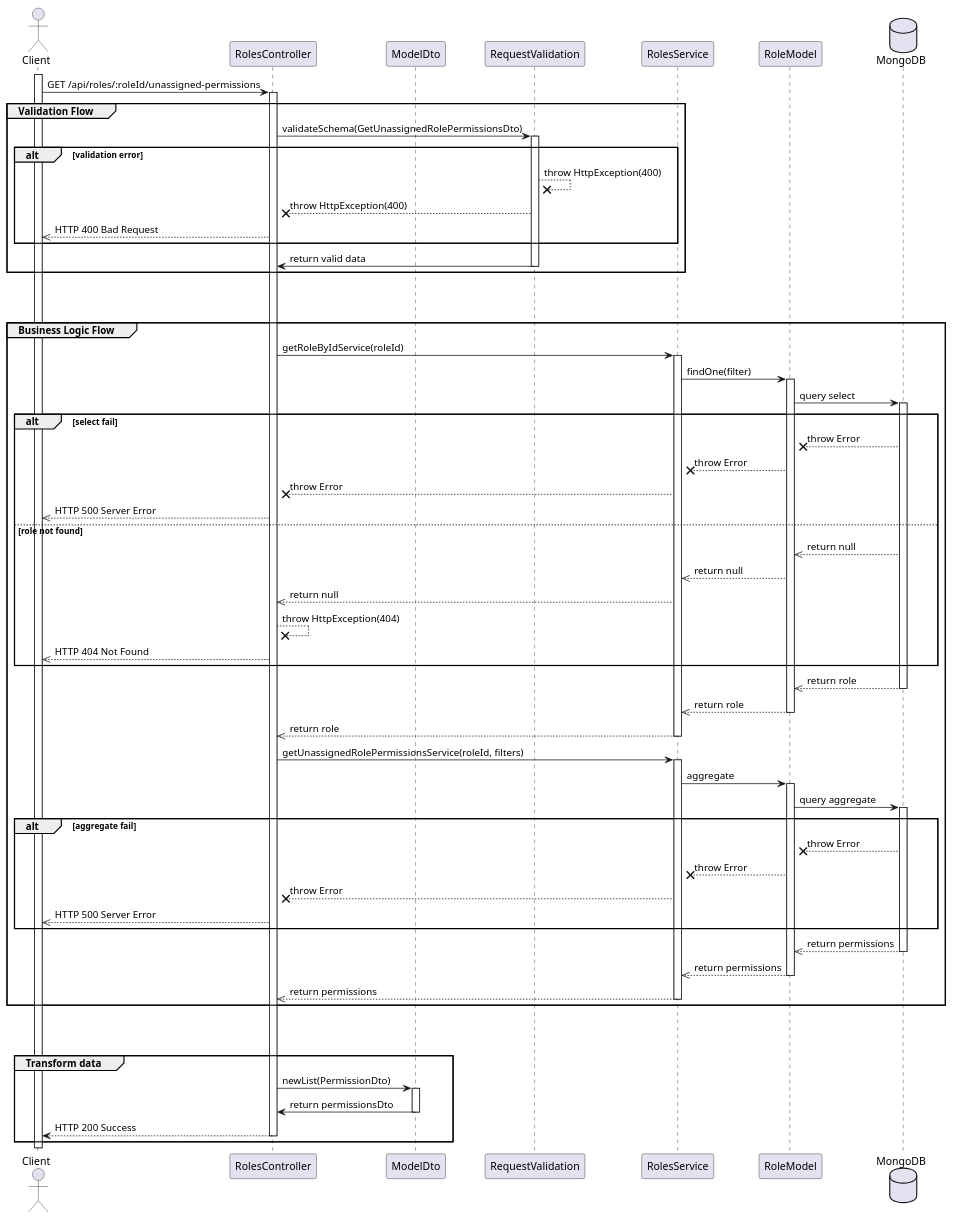
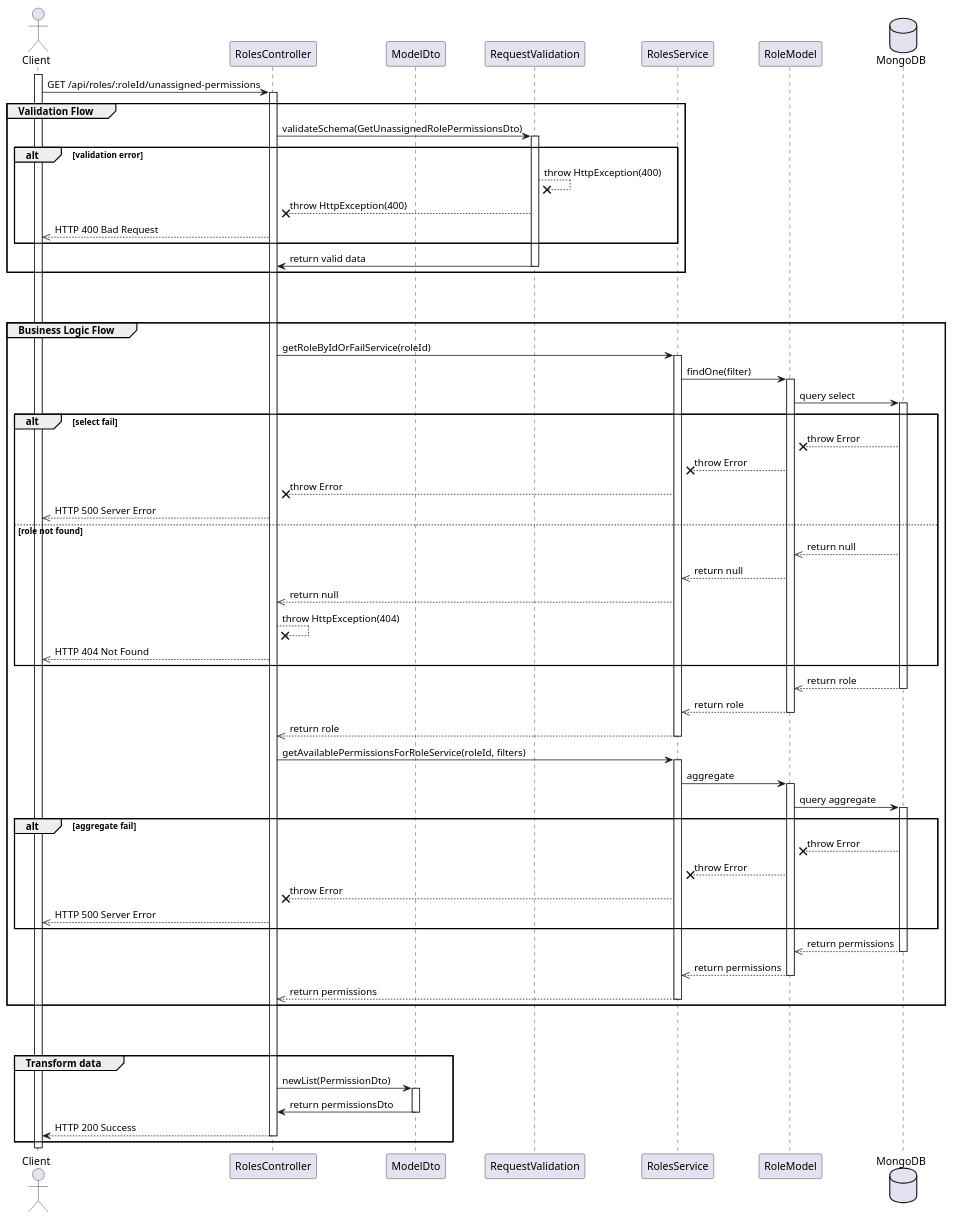
The diagram in docs/sequences/UC12-ManageRoles/UC12.8-ListUnassignedRolePermissions.wsd (hiusnguyen201/BE_ClothingShop), drawn with PlantUML before and after one commit. The commit also changed 179 other files, not shown here.

```diff
--- a/docs/sequences/UC12-ManageRoles/UC12.8-ListUnassignedRolePermissions.wsd
+++ b/docs/sequences/UC12-ManageRoles/UC12.8-ListUnassignedRolePermissions.wsd
@@ -1,99 +1,99 @@
 @startuml List Unassigned Role Permissions
 
 actor Client
 participant RolesController
 participant ModelDto
 participant RequestValidation
 participant RolesService
 participant RoleModel
 database MongoDB
 
 activate Client
 Client -> RolesController: GET /api/roles/:roleId/unassigned-permissions
 activate RolesController
 
 group Validation Flow
     RolesController -> RequestValidation: validateSchema(GetUnassignedRolePermissionsDto)
     activate RequestValidation
 
     alt validation error
         RequestValidation --x RequestValidation: throw HttpException(400)
         RequestValidation --x RolesController: throw HttpException(400)
         RolesController -->> Client: HTTP 400 Bad Request
     end
 
     RequestValidation -> RolesController: return valid data
     deactivate RequestValidation
 end
 
 break
 break
 
 group Business Logic Flow
-    RolesController -> RolesService: getRoleByIdService(roleId)
+    RolesController -> RolesService: getRoleByIdOrFailService(roleId)
     activate RolesService
     
     RolesService -> RoleModel: findOne(filter)
     activate RoleModel
     RoleModel -> MongoDB: query select
     activate MongoDB
 
     alt select fail
         MongoDB --x RoleModel: throw Error
         RoleModel --x RolesService: throw Error
         RolesService --x RolesController: throw Error
         RolesController -->> Client: HTTP 500 Server Error
     else role not found
         MongoDB -->> RoleModel: return null
         RoleModel -->> RolesService: return null
         RolesService -->> RolesController: return null
         RolesController --x RolesController: throw HttpException(404)
         RolesController -->> Client: HTTP 404 Not Found
     end
 
     MongoDB -->> RoleModel: return role
     deactivate MongoDB
     RoleModel -->> RolesService: return role
     deactivate RoleModel
     RolesService -->> RolesController: return role
     deactivate RolesService
 
-    RolesController -> RolesService: getUnassignedRolePermissionsService(roleId, filters)
+    RolesController -> RolesService: getAvailablePermissionsForRoleService(roleId, filters)
     activate RolesService
     RolesService -> RoleModel: aggregate
     activate RoleModel
     RoleModel -> MongoDB: query aggregate
     activate MongoDB
 
     alt aggregate fail
         MongoDB --x RoleModel: throw Error
         RoleModel --x RolesService: throw Error
         RolesService --x RolesController: throw Error
         RolesController -->> Client: HTTP 500 Server Error
     end
 
     MongoDB -->> RoleModel: return permissions
     deactivate MongoDB
     RoleModel -->> RolesService: return permissions
     deactivate RoleModel
     RolesService -->> RolesController: return permissions
     deactivate RolesService
 end
 
 break
 break
 
 
 group Transform data
     RolesController -> ModelDto: newList(PermissionDto)
     activate ModelDto
     ModelDto -> RolesController: return permissionsDto
     deactivate ModelDto
 
     RolesController --> Client: HTTP 200 Success
     deactivate RolesController
 end
 
 
 
 @enduml
```
